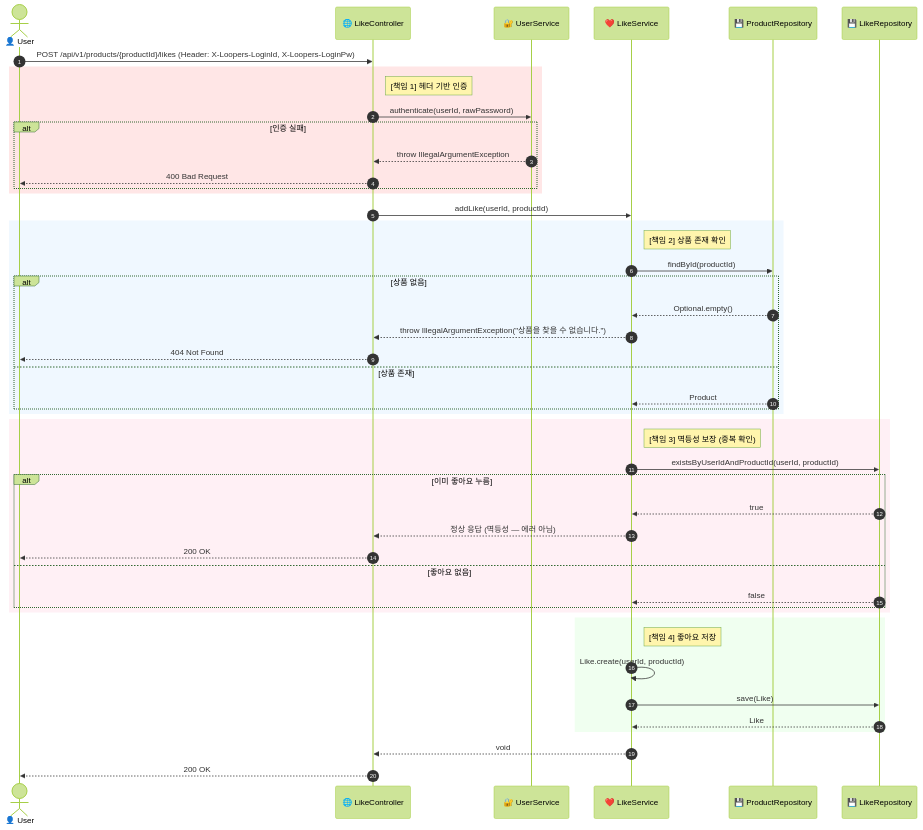
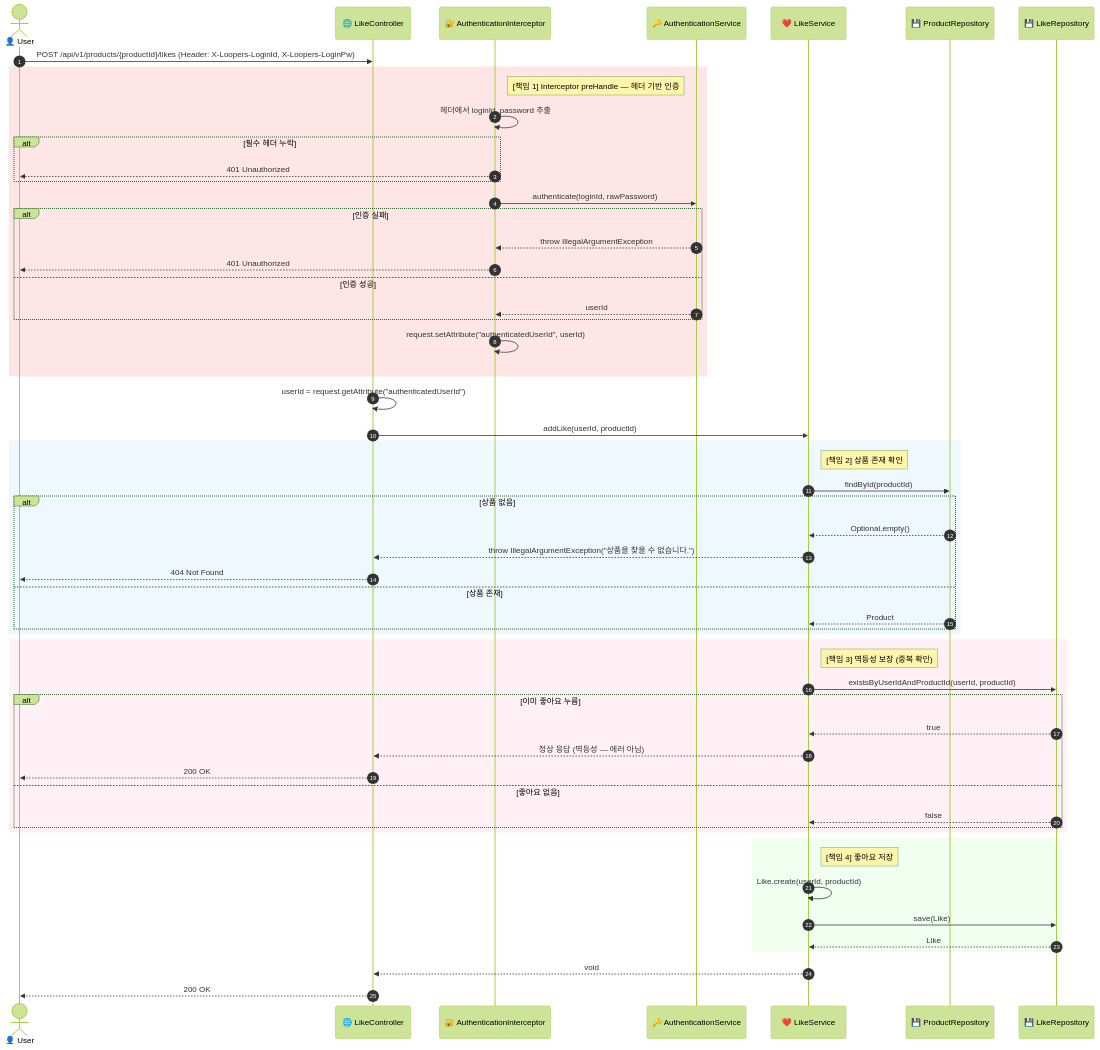
The sixth of 9 diagrams in .docs/design/02-sequence-diagrams.md (ukukdin/loop-pack-be-l2-vol3-java), drawn with Mermaid (forest theme) before and after one commit. The commit also changed other lines of this file and 2 other files, not shown here.

First line of the commit message:
docs: 설계 문서에 전체 도메인 클래스 다이어그램 통합 및 시퀀스 다이어그램 Interceptor 패턴 반영

````diff
--- a/.docs/design/02-sequence-diagrams.md
+++ b/.docs/design/02-sequence-diagrams.md
@@ -334,57 +345,66 @@
 ```mermaid
 sequenceDiagram
     autonumber
     actor User as 👤 User
     participant API as 🌐 LikeController
-    participant Auth as 🔐 UserService
+    participant Interceptor as 🔐 AuthenticationInterceptor
+    participant AuthService as 🔑 AuthenticationService
     participant Service as ❤️ LikeService
     participant ProductDB as 💾 ProductRepository
     participant LikeDB as 💾 LikeRepository
 
     User->>API: POST /api/v1/products/{productId}/likes (Header: X-Loopers-LoginId, X-Loopers-LoginPw)
 
     rect rgb(255, 230, 230)
-        Note right of API: [책임 1] 헤더 기반 인증
-        API->>Auth: authenticate(userId, rawPassword)
+        Note right of Interceptor: [책임 1] Interceptor preHandle — 헤더 기반 인증
+        Interceptor->>Interceptor: 헤더에서 loginId, password 추출
+        alt 필수 헤더 누락
+            Interceptor-->>User: 401 Unauthorized
+        end
+        Interceptor->>AuthService: authenticate(loginId, rawPassword)
         alt 인증 실패
-            Auth-->>API: throw IllegalArgumentException
-            API-->>User: 400 Bad Request
+            AuthService-->>Interceptor: throw IllegalArgumentException
+            Interceptor-->>User: 401 Unauthorized
+        else 인증 성공
+            AuthService-->>Interceptor: userId
         end
+        Interceptor->>Interceptor: request.setAttribute("authenticatedUserId", userId)
     end
 
+    API->>API: userId = request.getAttribute("authenticatedUserId")
     API->>Service: addLike(userId, productId)
 
     rect rgb(240, 248, 255)
         Note right of Service: [책임 2] 상품 존재 확인
         Service->>ProductDB: findById(productId)
         alt 상품 없음
             ProductDB-->>Service: Optional.empty()
             Service-->>API: throw IllegalArgumentException("상품을 찾을 수 없습니다.")
             API-->>User: 404 Not Found
         else 상품 존재
             ProductDB-->>Service: Product
         end
     end
 
     rect rgb(255, 240, 245)
         Note right of Service: [책임 3] 멱등성 보장 (중복 확인)
         Service->>LikeDB: existsByUserIdAndProductId(userId, productId)
         alt 이미 좋아요 누름
             LikeDB-->>Service: true
             Service-->>API: 정상 응답 (멱등성 — 에러 아님)
             API-->>User: 200 OK
         else 좋아요 없음
             LikeDB-->>Service: false
         end
     end
 
     rect rgb(240, 255, 240)
         Note right of Service: [책임 4] 좋아요 저장
         Service->>Service: Like.create(userId, productId)
         Service->>LikeDB: save(Like)
         LikeDB-->>Service: Like
     end
 
     Service-->>API: void
     API-->>User: 200 OK
 ```
````
